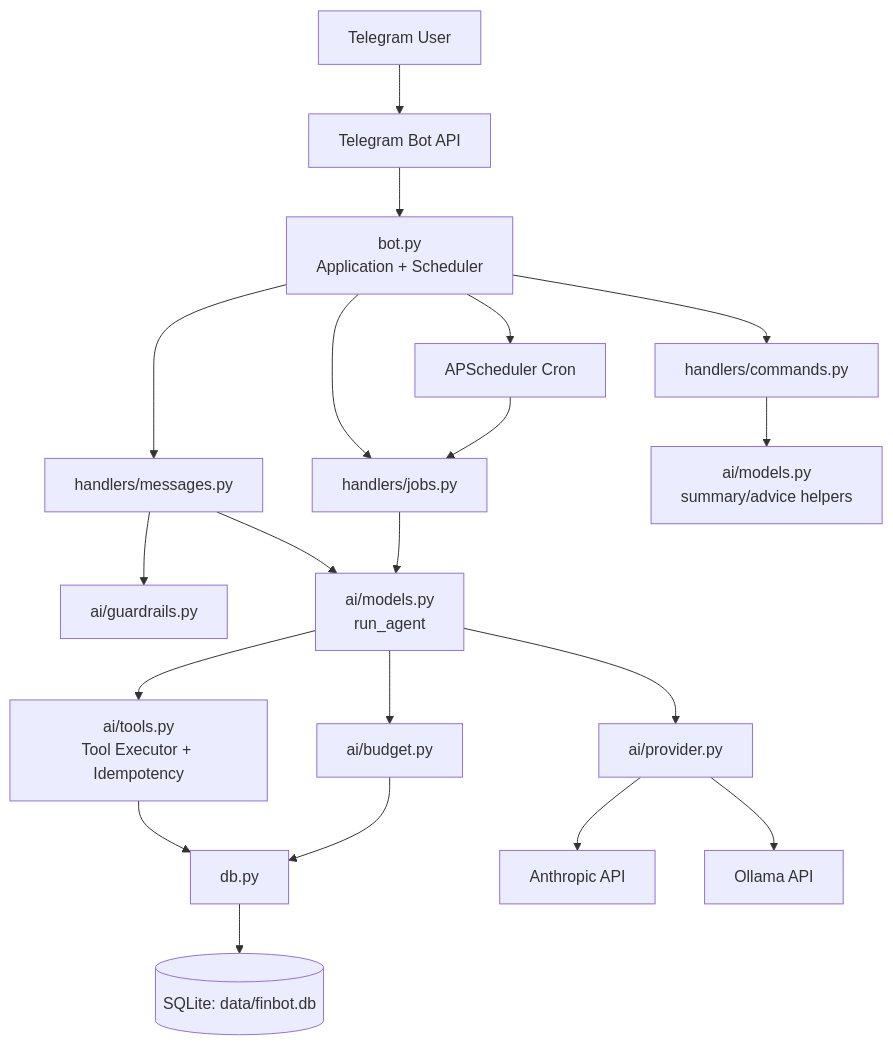
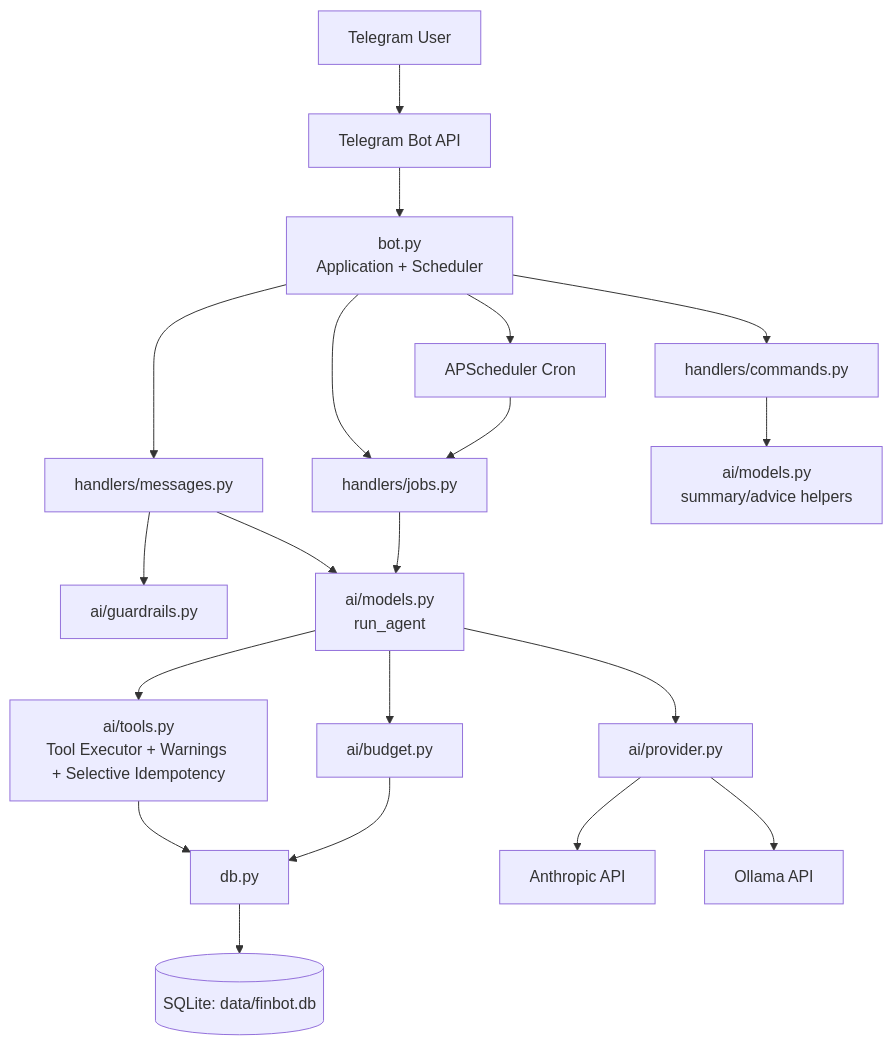
One commit to nikhildesai1988/MoneySageAI changed the diagram in README.md. Above: the diagram before and after it, drawn with Mermaid. The commit also changed other lines of this file and 9 other files, not shown here.

````diff
--- a/README.md
+++ b/README.md
@@ -62,28 +63,28 @@
 ```mermaid
 flowchart TD
   U[Telegram User] --> TG[Telegram Bot API]
   TG --> B[bot.py\nApplication + Scheduler]
 
   B --> HC[handlers/commands.py]
   B --> HM[handlers/messages.py]
   B --> HJ[handlers/jobs.py]
 
   HM --> G[ai/guardrails.py]
   HM --> M[ai/models.py\nrun_agent]
   HJ --> M
   HC --> M2[ai/models.py\nsummary/advice helpers]
 
-  M --> T[ai/tools.py\nTool Executor + Idempotency]
+  M --> T[ai/tools.py\nTool Executor + Warnings + Selective Idempotency]
   T --> D[db.py]
   D --> S[(SQLite: data/finbot.db)]
 
   M --> P[ai/provider.py]
   P --> A[Anthropic API]
   P --> O[Ollama API]
 
   M --> BUD[ai/budget.py]
   BUD --> D
 
   B --> CRON[APScheduler Cron]
   CRON --> HJ
 ```
````
